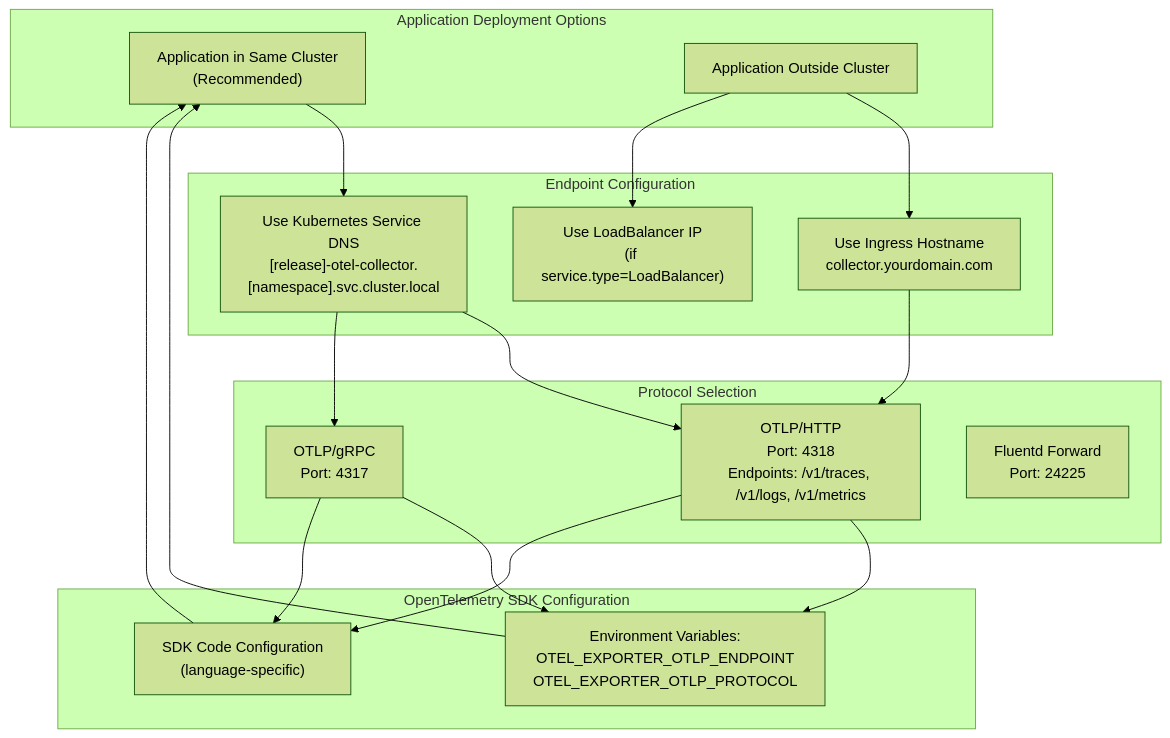
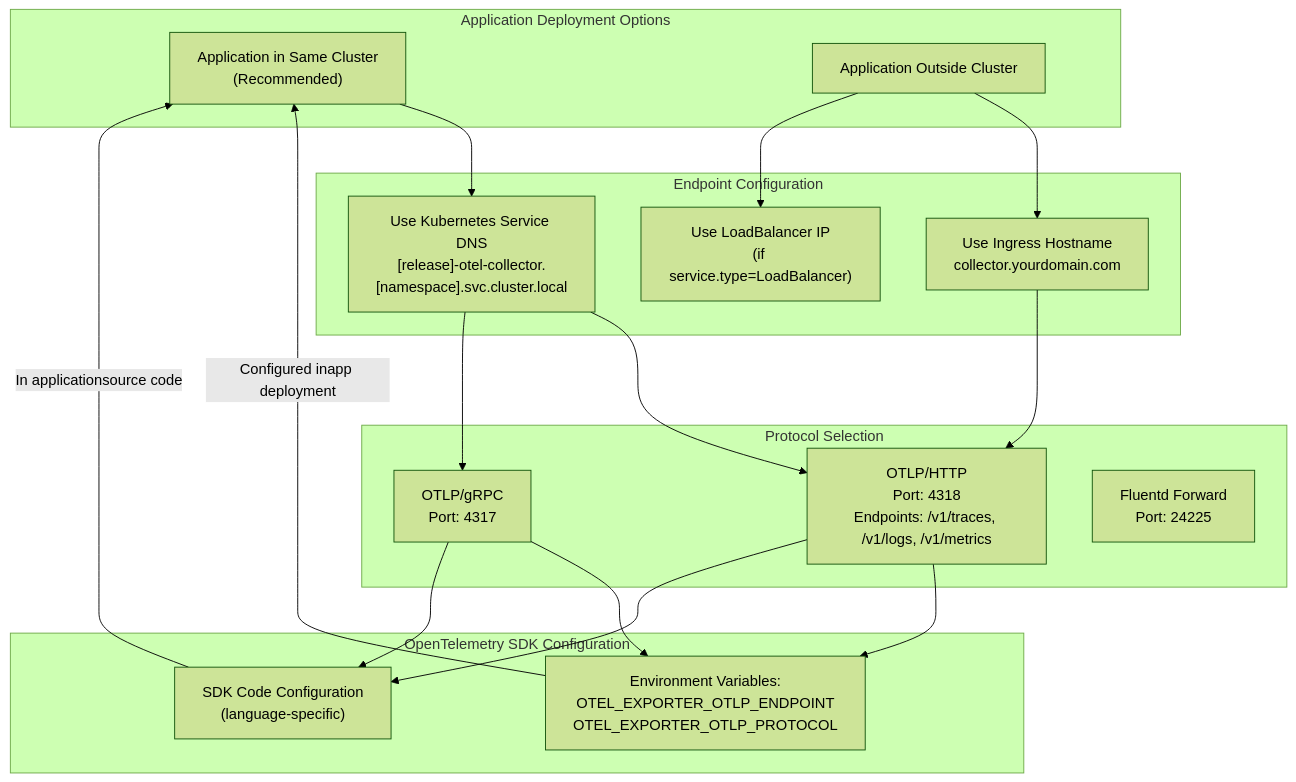
The seventh of 7 diagrams in docs/hyperdxio-helm-charts-docs/Data-Flow-and-Integration.md (openchoreo/openchoreo), drawn with Mermaid (forest theme) before and after one commit. The commit also changed other lines of this file and 85 other files, not shown here.

Commit message:
feat: Add new workflow and specification templates, update Helm chart dependencies, and clarify documentation diagrams.

````diff
--- a/docs/hyperdxio-helm-charts-docs/Data-Flow-and-Integration.md
+++ b/docs/hyperdxio-helm-charts-docs/Data-Flow-and-Integration.md
@@ -662,49 +662,49 @@
 ```mermaid
 flowchart TD
 
 InCluster["Application in Same Cluster<br>(Recommended)"]
 ExternalApp["Application Outside Cluster"]
 ClusterDNS["Use Kubernetes Service DNS<br>[release]-otel-collector.[namespace].svc.cluster.local"]
 IngressEndpoint["Use Ingress Hostname<br>collector.yourdomain.com"]
 LoadBalancer["Use LoadBalancer IP<br>(if service.type=LoadBalancer)"]
 UseHTTP["OTLP/HTTP<br>Port: 4318<br>Endpoints: /v1/traces, /v1/logs, /v1/metrics"]
 UsegRPC["OTLP/gRPC<br>Port: 4317"]
 UseFluentd["Fluentd Forward<br>Port: 24225"]
 EnvVars["Environment Variables:<br>OTEL_EXPORTER_OTLP_ENDPOINT<br>OTEL_EXPORTER_OTLP_PROTOCOL"]
 SDKConfig["SDK Code Configuration<br>(language-specific)"]
 
 InCluster --> ClusterDNS
 ExternalApp --> IngressEndpoint
 ExternalApp --> LoadBalancer
 ClusterDNS --> UseHTTP
 ClusterDNS --> UsegRPC
 IngressEndpoint --> UseHTTP
 UseHTTP --> EnvVars
 UseHTTP --> SDKConfig
 UsegRPC --> EnvVars
 UsegRPC --> SDKConfig
-EnvVars --> InCluster
-SDKConfig --> InCluster
+EnvVars -->|"Configured inapp deployment"| InCluster
+SDKConfig -->|"In applicationsource code"| InCluster
 
 subgraph subGraph3 ["OpenTelemetry SDK Configuration"]
     EnvVars
     SDKConfig
 end
 
 subgraph subGraph2 ["Protocol Selection"]
     UseHTTP
     UsegRPC
     UseFluentd
 end
 
 subgraph subGraph1 ["Endpoint Configuration"]
     ClusterDNS
     IngressEndpoint
     LoadBalancer
 end
 
 subgraph subGraph0 ["Application Deployment Options"]
     InCluster
     ExternalApp
 end
 ```
````
